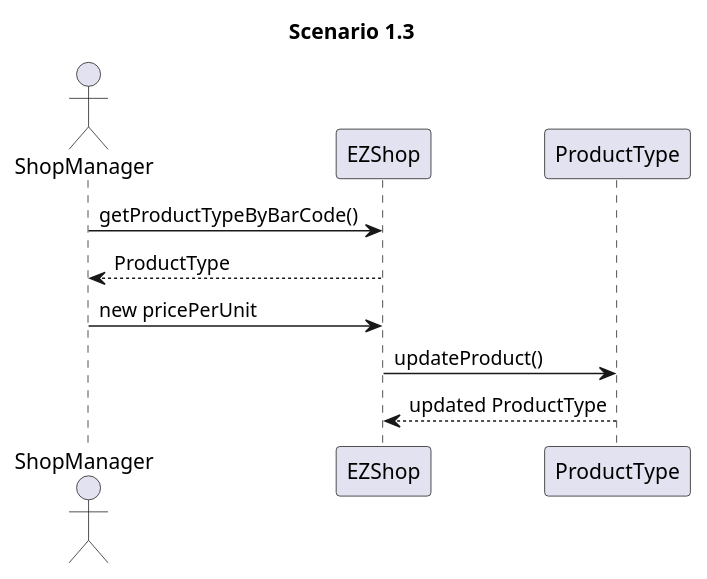
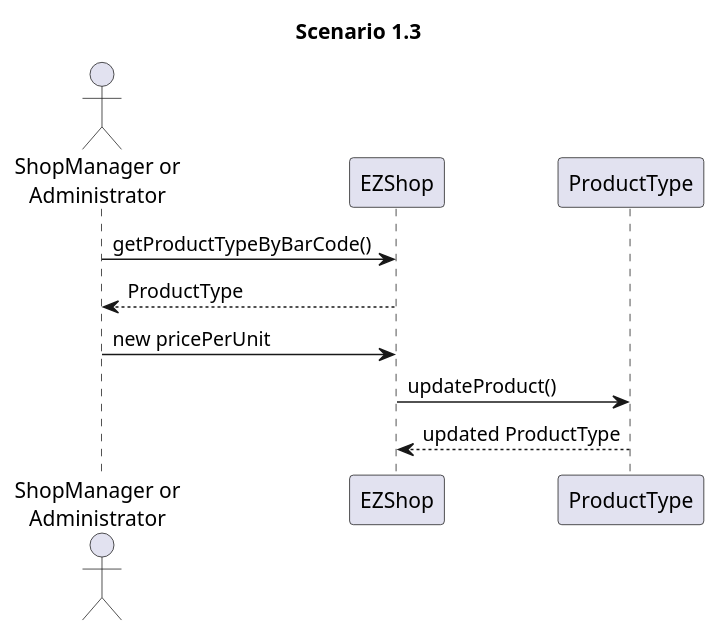
One commit to marco-ballario/EzShop changed the third of 9 diagrams in Deliverables/DesignDocument.md. Above: the diagram before and after it, drawn with PlantUML. The commit also changed other lines of this file, not shown here.

Commit message:
docs: add seq. diagram scenario 5.1 (login)

````diff
--- a/Deliverables/DesignDocument.md
+++ b/Deliverables/DesignDocument.md
@@ -261,9 +261,9 @@
 ```plantuml
 title Scenario 1.3
-actor ShopManager
-ShopManager -> EZShop : getProductTypeByBarCode()
-EZShop --> ShopManager : ProductType
-ShopManager -> EZShop : new pricePerUnit
+actor "ShopManager or\nAdministrator" as act
+act -> EZShop : getProductTypeByBarCode()
+EZShop --> act : ProductType
+act -> EZShop : new pricePerUnit
 EZShop -> ProductType: updateProduct()
 ProductType --> EZShop : updated ProductType
 ```
````
